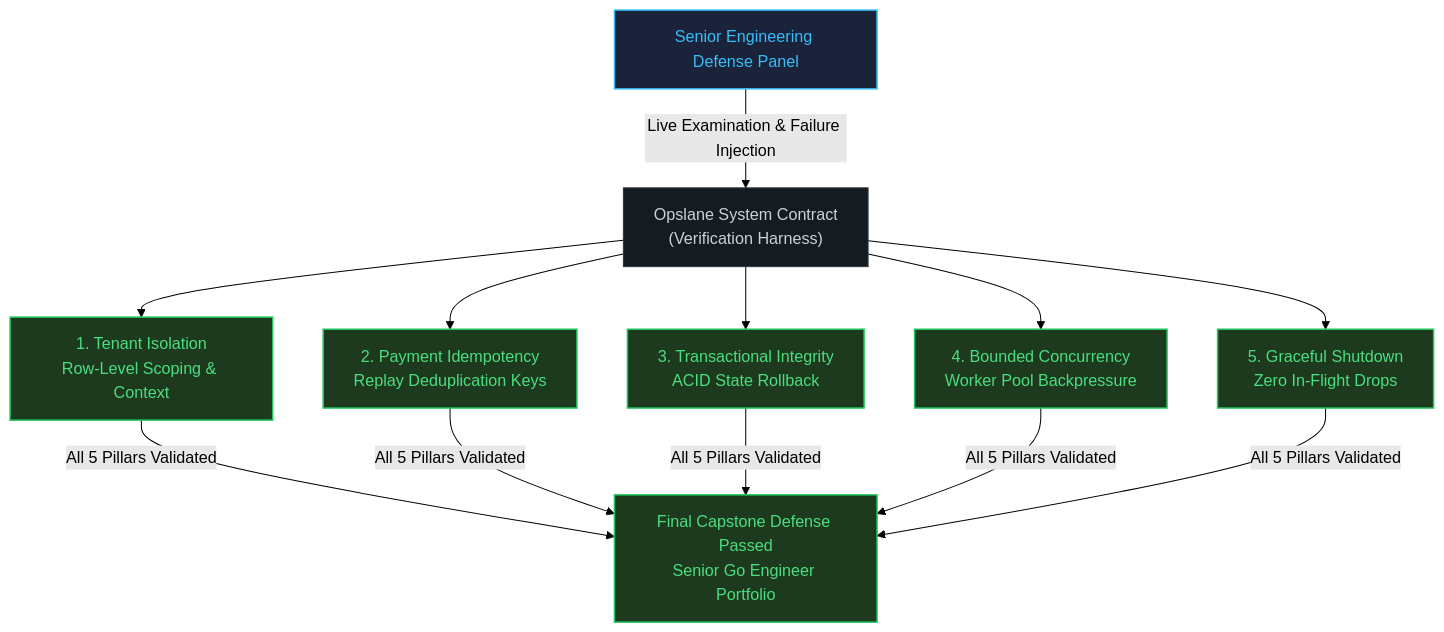
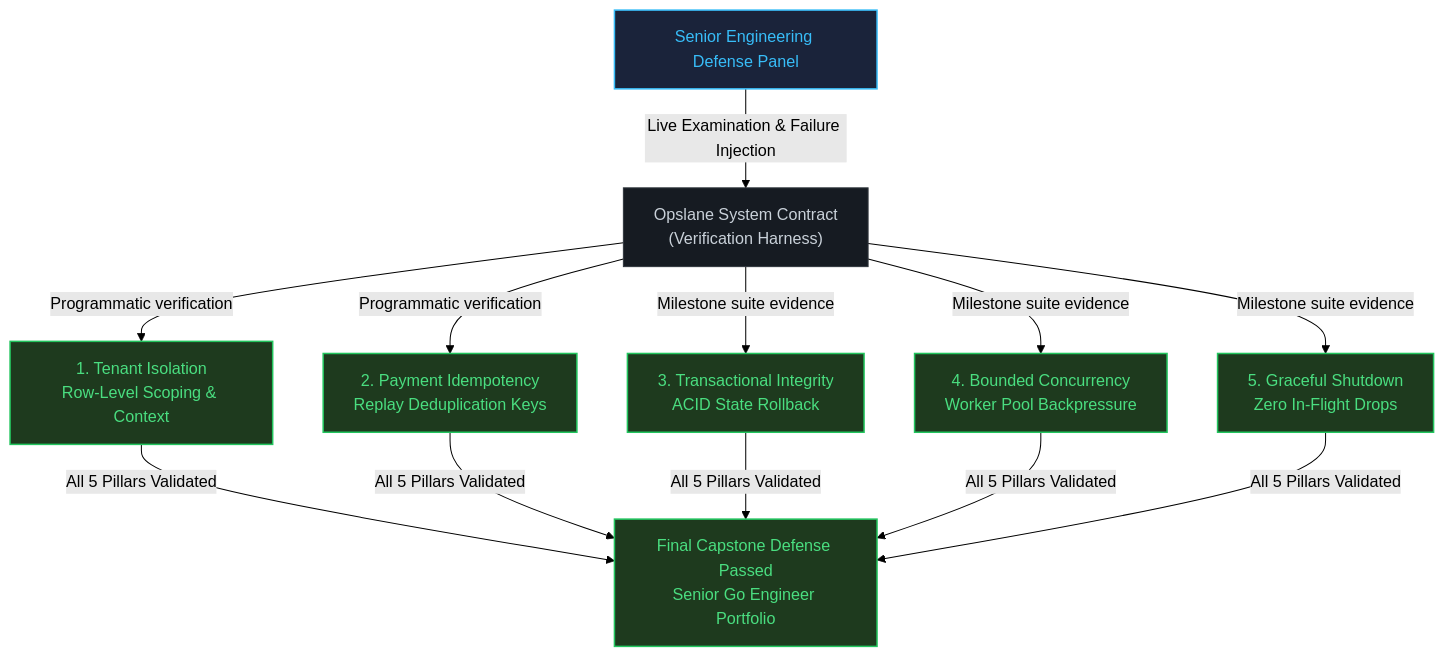
The diagram in curriculum/modules/18-flagship-opslane/projects/15-opslane-portfolio-defense/README.md (swe-labs/the-go-engineer), drawn with Mermaid (forest theme) before and after one commit. The commit also changed other lines of this file and 2 other files, not shown here.

Commit message:
[FIX] M02 override disabling foreign_keys pragma; scope defense README pillar claims

````diff
--- a/curriculum/modules/18-flagship-opslane/projects/15-opslane-portfolio-defense/README.md
+++ b/curriculum/modules/18-flagship-opslane/projects/15-opslane-portfolio-defense/README.md
@@ -18,25 +18,25 @@
 ```mermaid
 flowchart TD
     classDef default fill:#161b22,stroke:#30363d,stroke-width:1px,color:#c9d1d9;
     classDef accent fill:#1a233a,stroke:#38bdf8,stroke-width:1.5px,color:#38bdf8;
     classDef pass fill:#1e3a1e,stroke:#22c55e,stroke-width:1.5px,color:#4ade80;
 
     Panel["Senior Engineering Defense Panel"]:::accent
     Contract["Opslane System Contract<br/>(Verification Harness)"]:::default
 
     P1["1. Tenant Isolation<br/>Row-Level Scoping & Context"]:::pass
     P2["2. Payment Idempotency<br/>Replay Deduplication Keys"]:::pass
     P3["3. Transactional Integrity<br/>ACID State Rollback"]:::pass
     P4["4. Bounded Concurrency<br/>Worker Pool Backpressure"]:::pass
     P5["5. Graceful Shutdown<br/>Zero In-Flight Drops"]:::pass
 
     Graduation["Final Capstone Defense Passed<br/>Senior Go Engineer Portfolio"]:::pass
 
     Panel -->|"Live Examination & Failure Injection"| Contract
-    Contract --> P1
-    Contract --> P2
-    Contract --> P3
-    Contract --> P4
-    Contract --> P5
+    Contract -->|"Programmatic verification"| P1
+    Contract -->|"Programmatic verification"| P2
+    Contract -->|"Milestone suite evidence"| P3
+    Contract -->|"Milestone suite evidence"| P4
+    Contract -->|"Milestone suite evidence"| P5
     P1 & P2 & P3 & P4 & P5 -->|"All 5 Pillars Validated"| Graduation
 ```
````
